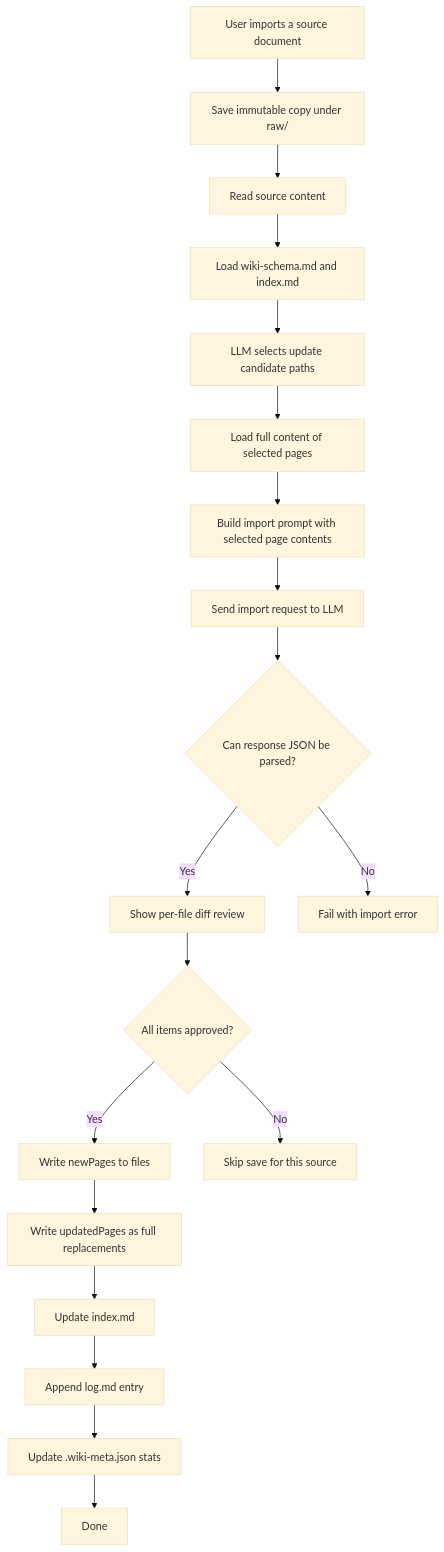
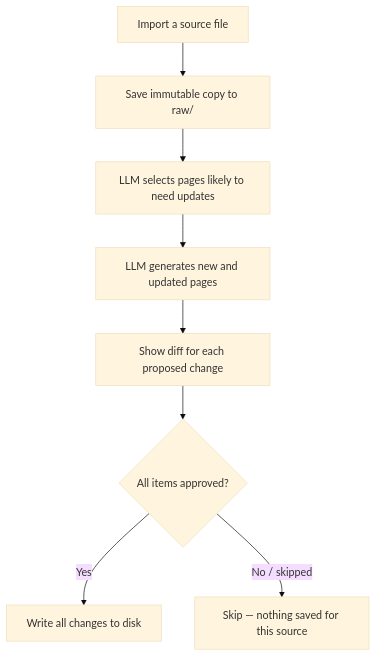
One commit to yt3trees/ProjectCurator changed the diagram in docs/wiki-features.md. Above: the diagram before and after it, drawn with Mermaid (base theme). The commit also changed other lines of this file and 1 other file, not shown here.

Commit message:
docs: streamline wiki feature documentation

````diff
--- a/docs/wiki-features.md
+++ b/docs/wiki-features.md
@@ -55,41 +50,15 @@
 ```mermaid
 flowchart TD
-    A["User imports a source document"]
-    B["Save immutable copy under raw/"]
-    C["Read source content"]
-    D["Load wiki-schema.md and index.md"]
-    E["LLM selects update candidate paths"]
-    F["Load full content of selected pages"]
-    G["Build import prompt with selected page contents"]
-    H["Send import request to LLM"]
-    I{"Can response JSON be parsed?"}
-    J["Show per-file diff review"]
-    K{"All items approved?"}
-    L["Write newPages to files"]
-    M["Write updatedPages as full replacements"]
-    N["Update index.md"]
-    O["Append log.md entry"]
-    P["Update .wiki-meta.json stats"]
-    Q["Done"]
-    R["Skip save for this source"]
-    S["Fail with import error"]
+    A["Import a source file"]
+    B["Save immutable copy to raw/"]
+    C["LLM selects pages likely to need updates"]
+    D["LLM generates new and updated pages"]
+    E["Show diff for each proposed change"]
+    F{"All items approved?"}
+    G["Write all changes to disk"]
+    H["Skip — nothing saved for this source"]
 
-    A --> B
-    B --> C
-    C --> D
-    D --> E
-    E --> F
-    F --> G
-    G --> H
-    H --> I
-    I -->|"Yes"| J
-    J --> K
-    K -->|"Yes"| L
-    L --> M
-    M --> N
-    N --> O
-    O --> P
-    P --> Q
-    K -->|"No"| R
-    I -->|"No"| S
+    A --> B --> C --> D --> E --> F
+    F -->|"Yes"| G
+    F -->|"No / skipped"| H
 ```
````
